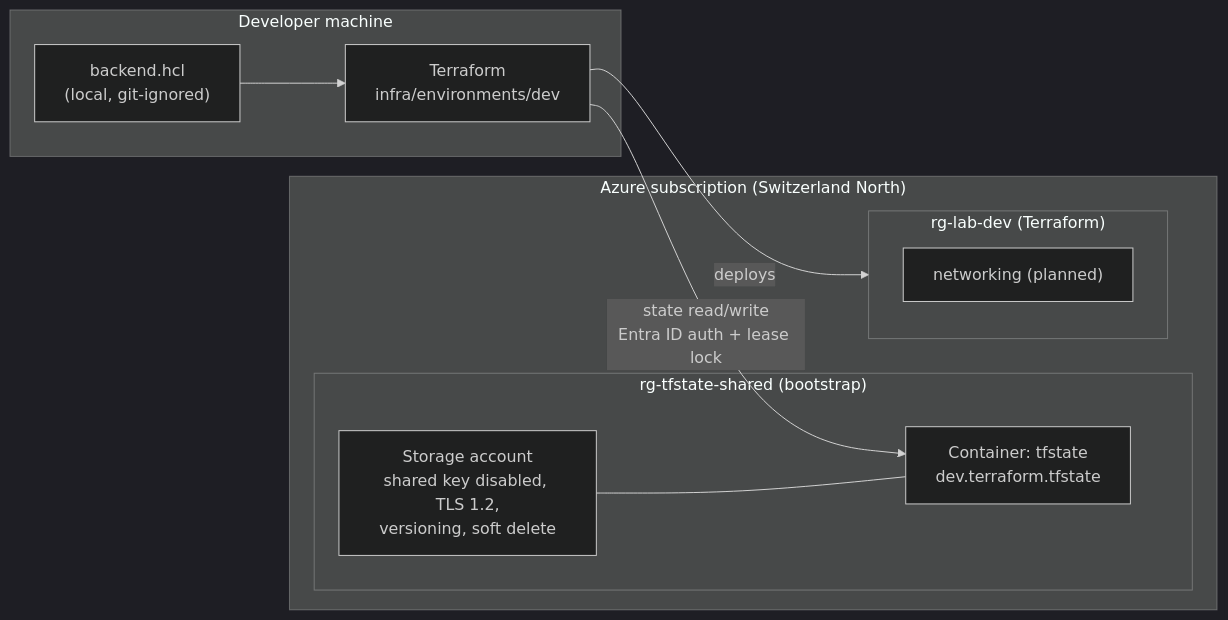
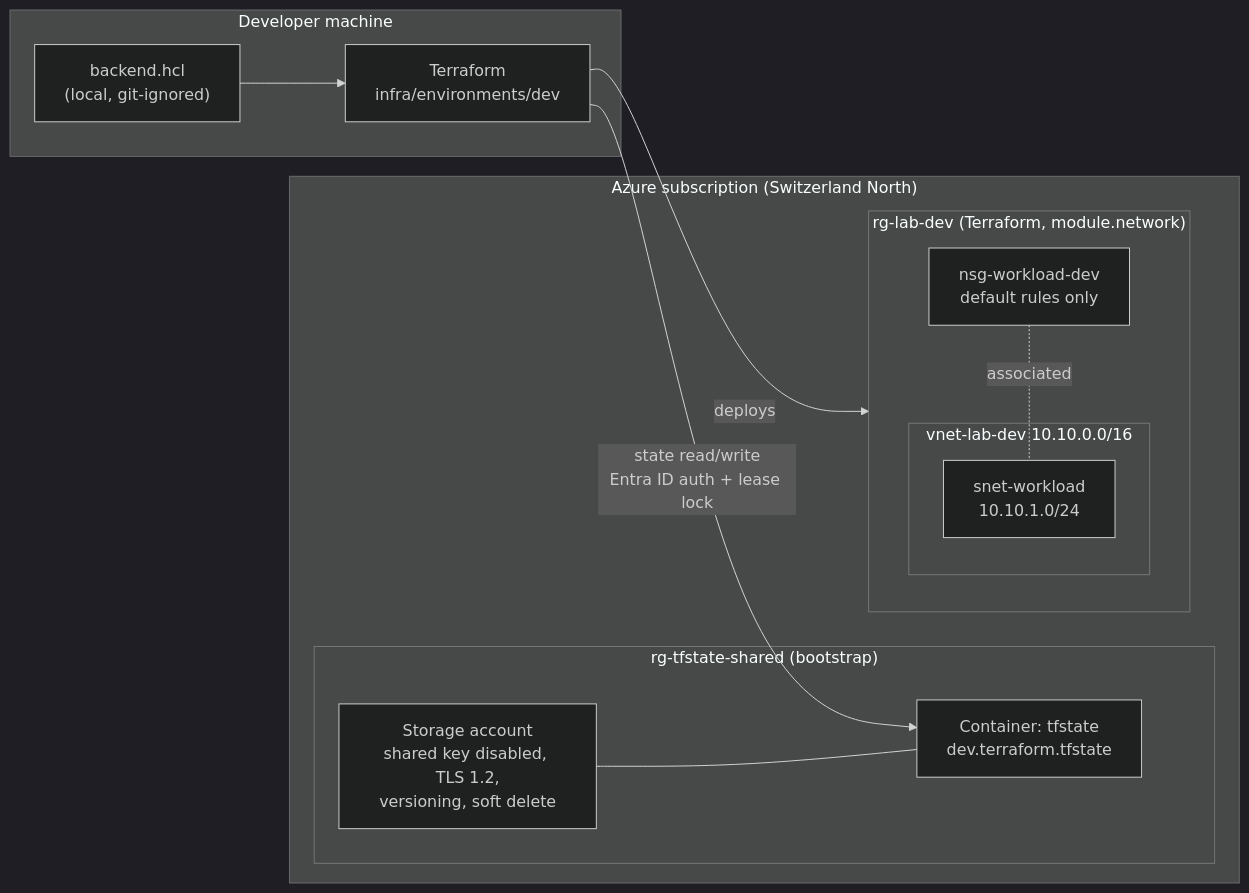
Before and after one commit to EminEminEmin92/azure-landing-zone-lab: the diagram in README.md, drawn with Mermaid (dark theme). The commit also changed other lines of this file, not shown here.

Commit message:
docs: update README after network module (#14)

````diff
--- a/README.md
+++ b/README.md
@@ -17,20 +17,24 @@
 ```mermaid
 flowchart LR
     subgraph Local["Developer machine"]
         TF["Terraform<br/>infra/environments/dev"]
         BH["backend.hcl<br/>(local, git-ignored)"]
     end
     subgraph Azure["Azure subscription (Switzerland North)"]
         subgraph RGS["rg-tfstate-shared (bootstrap)"]
             SA["Storage account<br/>shared key disabled, TLS 1.2,<br/>versioning, soft delete"]
             C["Container: tfstate<br/>dev.terraform.tfstate"]
         end
-        subgraph RGD["rg-lab-dev (Terraform)"]
-            NET["networking (planned)"]
+        subgraph RGD["rg-lab-dev (Terraform, module.network)"]
+            subgraph VNET["vnet-lab-dev 10.10.0.0/16"]
+                SNET["snet-workload<br/>10.10.1.0/24"]
+            end
+            NSG["nsg-workload-dev<br/>default rules only"]
         end
     end
     BH --> TF
     TF -- "state read/write<br/>Entra ID auth + lease lock" --> C
     SA --- C
     TF -- "deploys" --> RGD
+    NSG -.-|associated| SNET
 ```
````
